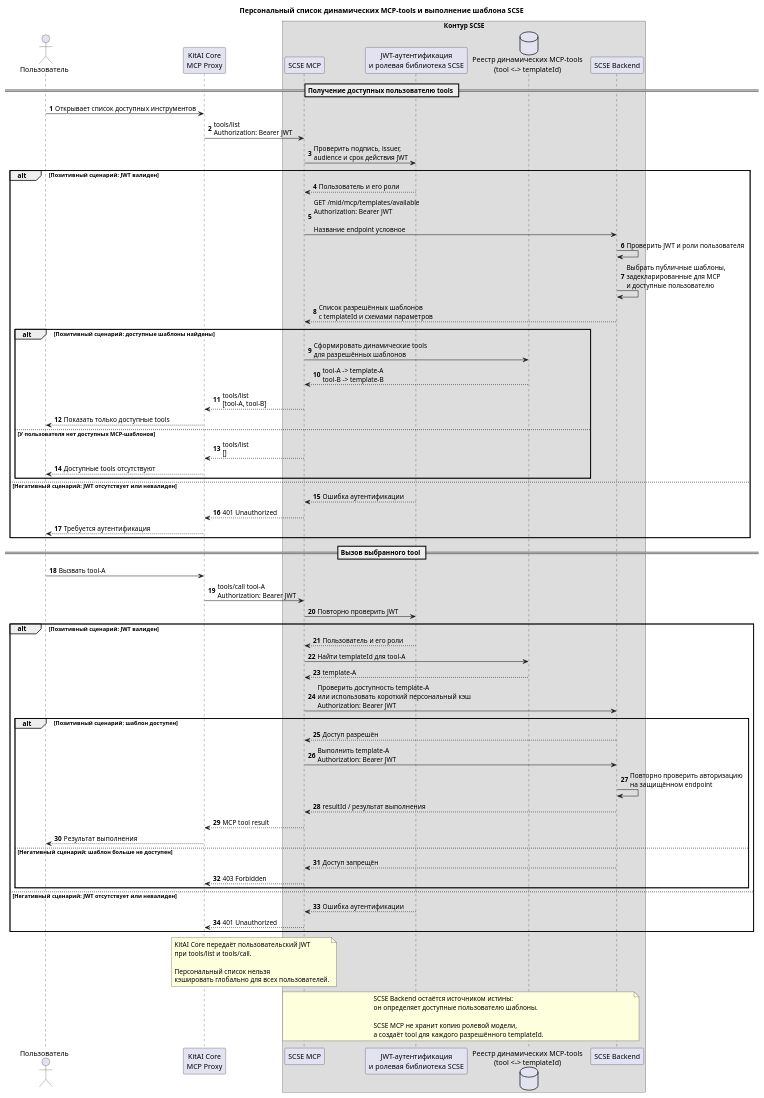
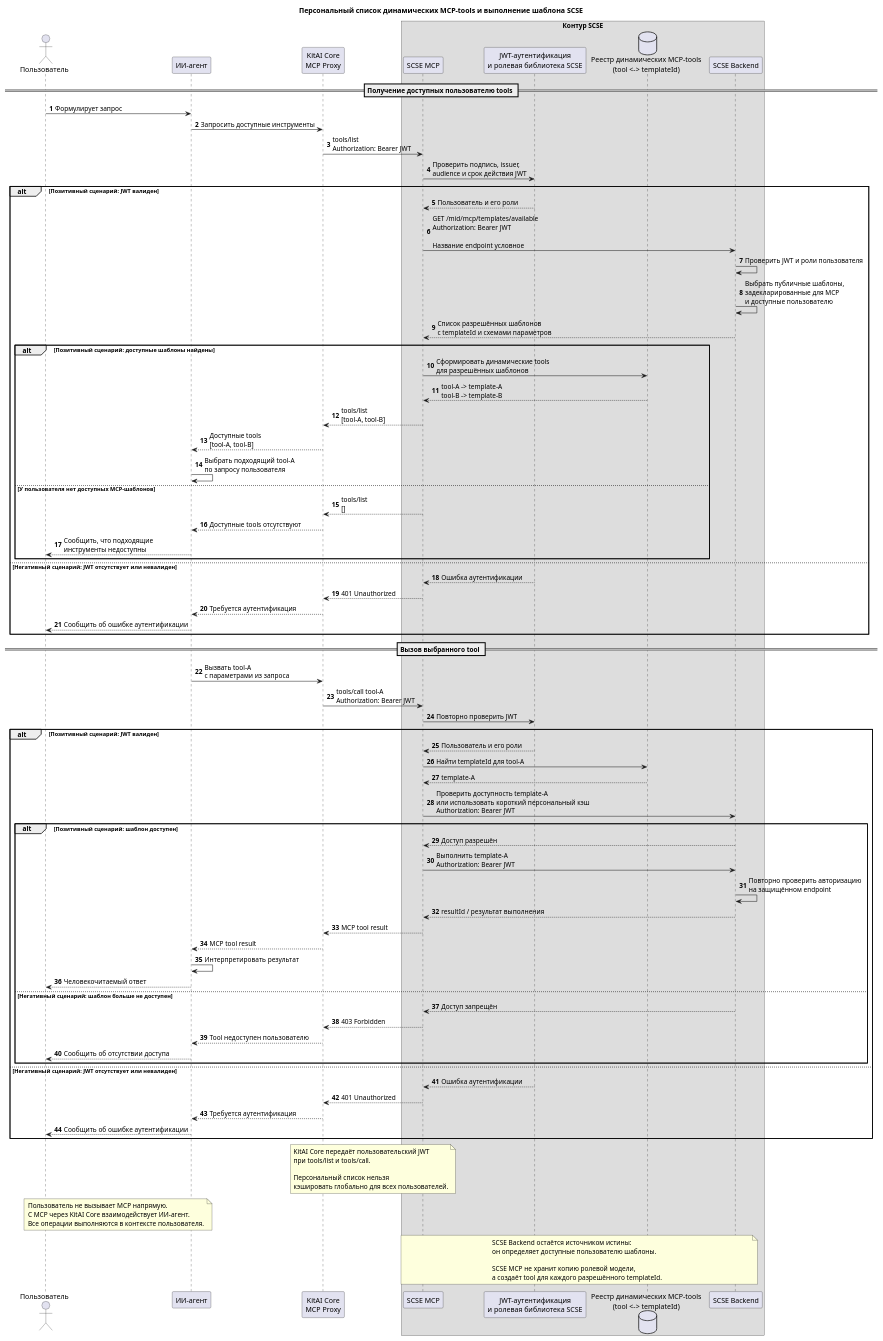
One commit to VeronikaOxyt/search-service-mcp changed the diagram in docs/kitai-scse-dynamic-tools.puml. Above: the diagram before and after it, drawn with PlantUML. The commit also changed 1 other file, not shown here.

Commit message:
Show AI agent in dynamic tool flows

```diff
--- a/docs/kitai-scse-dynamic-tools.puml
+++ b/docs/kitai-scse-dynamic-tools.puml
@@ -1,105 +1,121 @@
 @startuml
 title Персональный список динамических MCP-tools и выполнение шаблона SCSE
 
 autonumber
 
 actor "Пользователь" as User
+participant "ИИ-агент" as Agent
 participant "KitAI Core\nMCP Proxy" as Core
 
 box "Контур SCSE"
     participant "SCSE MCP" as MCP
     participant "JWT-аутентификация\nи ролевая библиотека SCSE" as Auth
     database "Реестр динамических MCP-tools\n(tool <-> templateId)" as Registry
     participant "SCSE Backend" as Backend
 end box
 
 == Получение доступных пользователю tools ==
 
-User -> Core : Открывает список доступных инструментов
+User -> Agent : Формулирует запрос
 
+Agent -> Core : Запросить доступные инструменты
 Core -> MCP : tools/list\nAuthorization: Bearer JWT
 
 MCP -> Auth : Проверить подпись, issuer,\naudience и срок действия JWT
 
 alt Позитивный сценарий: JWT валиден
     Auth --> MCP : Пользователь и его роли
 
     MCP -> Backend : GET /mid/mcp/templates/available\nAuthorization: Bearer JWT\n\nНазвание endpoint условное
 
     Backend -> Backend : Проверить JWT и роли пользователя
     Backend -> Backend : Выбрать публичные шаблоны,\nзадекларированные для MCP\nи доступные пользователю
 
     Backend --> MCP : Список разрешённых шаблонов\nс templateId и схемами параметров
 
     alt Позитивный сценарий: доступные шаблоны найдены
         MCP -> Registry : Сформировать динамические tools\nдля разрешённых шаблонов
 
         Registry --> MCP : tool-A -> template-A\ntool-B -> template-B
 
         MCP --> Core : tools/list\n[tool-A, tool-B]
 
-        Core --> User : Показать только доступные tools
+        Core --> Agent : Доступные tools\n[tool-A, tool-B]
+        Agent -> Agent : Выбрать подходящий tool-A\nпо запросу пользователя
     else У пользователя нет доступных MCP-шаблонов
         MCP --> Core : tools/list\n[]
-        Core --> User : Доступные tools отсутствуют
+        Core --> Agent : Доступные tools отсутствуют
+        Agent --> User : Сообщить, что подходящие\nинструменты недоступны
     end
 
 else Негативный сценарий: JWT отсутствует или невалиден
     Auth --> MCP : Ошибка аутентификации
     MCP --> Core : 401 Unauthorized
-    Core --> User : Требуется аутентификация
+    Core --> Agent : Требуется аутентификация
+    Agent --> User : Сообщить об ошибке аутентификации
 end
 
 == Вызов выбранного tool ==
 
-User -> Core : Вызвать tool-A
-
+Agent -> Core : Вызвать tool-A\nс параметрами из запроса
 Core -> MCP : tools/call tool-A\nAuthorization: Bearer JWT
 
 MCP -> Auth : Повторно проверить JWT
 
 alt Позитивный сценарий: JWT валиден
     Auth --> MCP : Пользователь и его роли
 
     MCP -> Registry : Найти templateId для tool-A
     Registry --> MCP : template-A
 
     MCP -> Backend : Проверить доступность template-A\nили использовать короткий персональный кэш\nAuthorization: Bearer JWT
 
     alt Позитивный сценарий: шаблон доступен
         Backend --> MCP : Доступ разрешён
 
         MCP -> Backend : Выполнить template-A\nAuthorization: Bearer JWT
 
         Backend -> Backend : Повторно проверить авторизацию\nна защищённом endpoint
         Backend --> MCP : resultId / результат выполнения
 
         MCP --> Core : MCP tool result
-        Core --> User : Результат выполнения
+        Core --> Agent : MCP tool result
+        Agent -> Agent : Интерпретировать результат
+        Agent --> User : Человекочитаемый ответ
     else Негативный сценарий: шаблон больше не доступен
         Backend --> MCP : Доступ запрещён
         MCP --> Core : 403 Forbidden
+        Core --> Agent : Tool недоступен пользователю
+        Agent --> User : Сообщить об отсутствии доступа
     end
 
 else Негативный сценарий: JWT отсутствует или невалиден
     Auth --> MCP : Ошибка аутентификации
     MCP --> Core : 401 Unauthorized
+    Core --> Agent : Требуется аутентификация
+    Agent --> User : Сообщить об ошибке аутентификации
 end
 
 note over Core,MCP
 KitAI Core передаёт пользовательский JWT
 при tools/list и tools/call.
 
 Персональный список нельзя
 кэшировать глобально для всех пользователей.
+end note
+
+note over User,Agent
+Пользователь не вызывает MCP напрямую.
+С MCP через KitAI Core взаимодействует ИИ-агент.
+Все операции выполняются в контексте пользователя.
 end note
 
 note over MCP,Backend
 SCSE Backend остаётся источником истины:
 он определяет доступные пользователю шаблоны.
 
 SCSE MCP не хранит копию ролевой модели,
 а создаёт tool для каждого разрешённого templateId.
 end note
 
 @enduml
```
